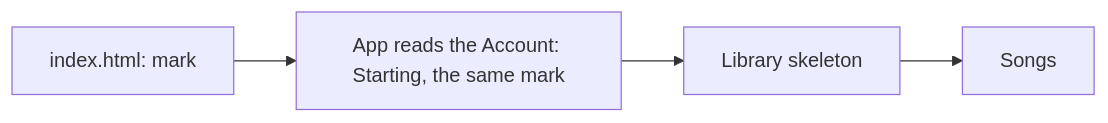
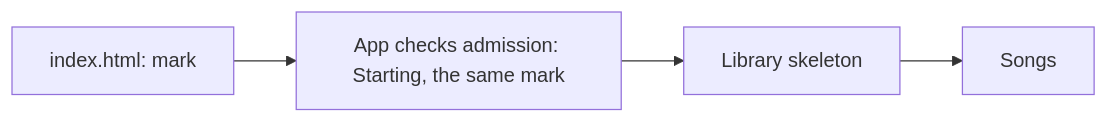
Before and after one commit to pengzhengyi/medleyplay: the diagram in docs/contributing/design-notes/No blank frames.md, drawn with Mermaid. The commit also changed other lines of this file and 3 other files, not shown here.

````diff
--- a/docs/contributing/design-notes/No blank frames.md
+++ b/docs/contributing/design-notes/No blank frames.md
@@ -94,5 +95,5 @@
 ```mermaid
 flowchart LR
-  H[index.html: mark] --> S[App reads the Account: Starting, the same mark]
+  H[index.html: mark] --> S[App checks admission: Starting, the same mark]
   S --> K[Library skeleton] --> L[Songs]
 ```
````
